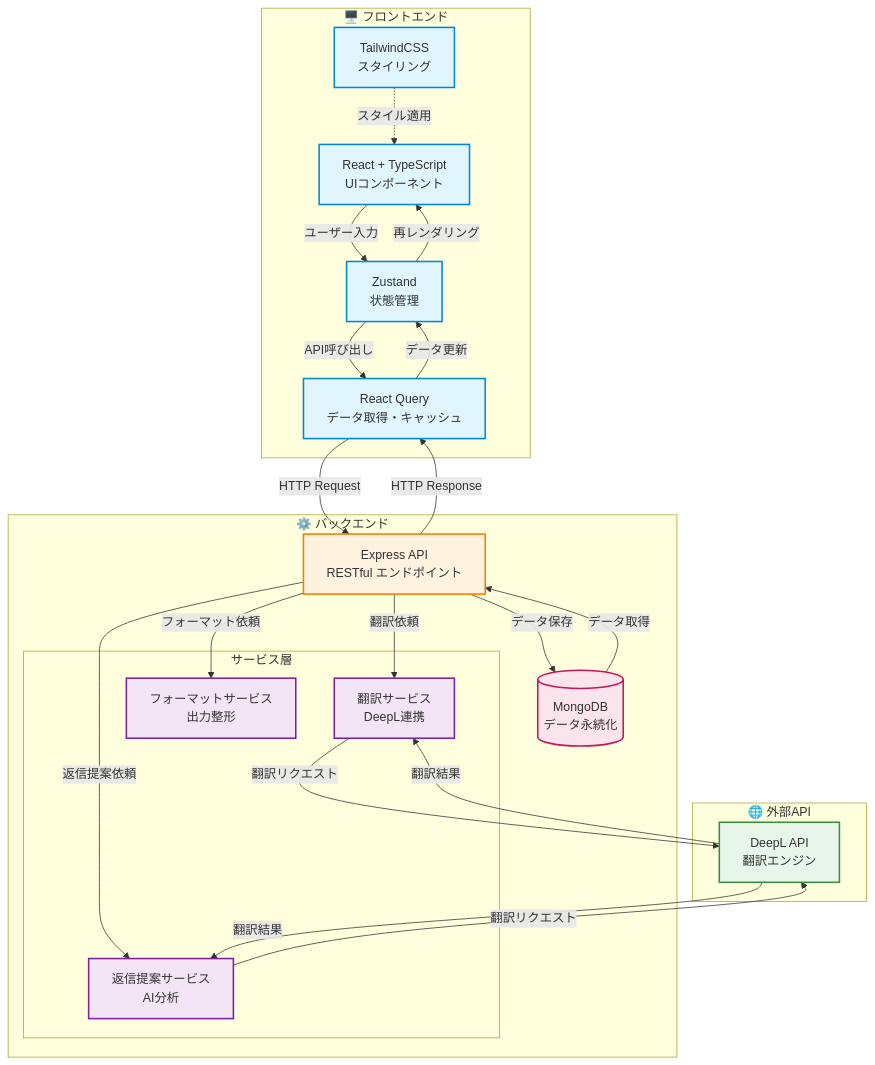
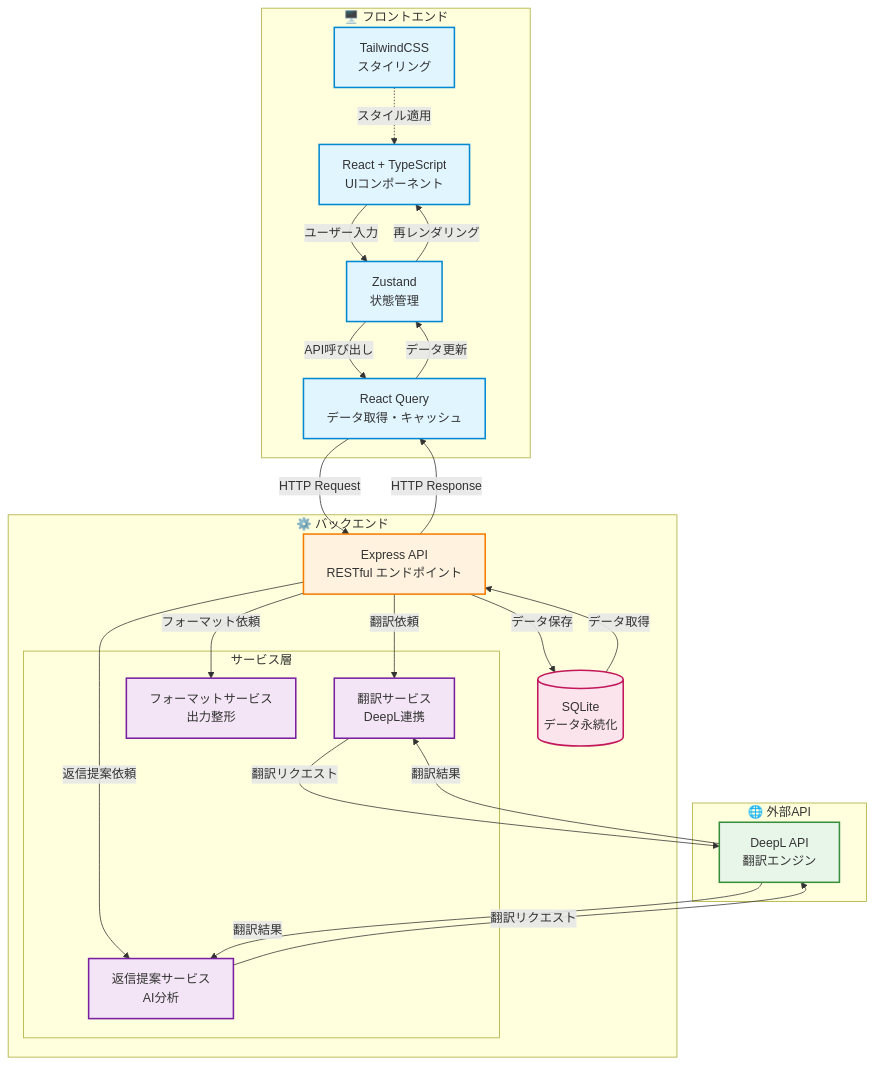
One commit to Yano-13/biztranslate changed the diagram in docs/qiita_article.md. Above: the diagram before and after it, drawn with Mermaid. The commit also changed other lines of this file and 4 other files, not shown here.

````diff
--- a/docs/qiita_article.md
+++ b/docs/qiita_article.md
@@ -49,60 +49,60 @@
 ```mermaid
 flowchart TB
     subgraph Client["🖥️ フロントエンド"]
         UI[React + TypeScript<br/>UIコンポーネント]
         State[Zustand<br/>状態管理]
         Query[React Query<br/>データ取得・キャッシュ]
         Style[TailwindCSS<br/>スタイリング]
     end
 
     subgraph Server["⚙️ バックエンド"]
         API[Express API<br/>RESTful エンドポイント]
         
         subgraph Services["サービス層"]
             Trans[翻訳サービス<br/>DeepL連携]
             Suggest[返信提案サービス<br/>AI分析]
             Format[フォーマットサービス<br/>出力整形]
         end
         
-        DB[(MongoDB<br/>データ永続化)]
+        DB[(SQLite<br/>データ永続化)]
     end
 
     subgraph External["🌐 外部API"]
         DeepL[DeepL API<br/>翻訳エンジン]
     end
 
     UI -->|ユーザー入力| State
     State -->|API呼び出し| Query
     Query -->|HTTP Request| API
     
     API -->|翻訳依頼| Trans
     API -->|返信提案依頼| Suggest
     API -->|フォーマット依頼| Format
     
     Trans -->|翻訳リクエスト| DeepL
     DeepL -->|翻訳結果| Trans
     
     Suggest -->|翻訳リクエスト| DeepL
     DeepL -->|翻訳結果| Suggest
     
     API -->|データ保存| DB
     DB -->|データ取得| API
     
     API -->|HTTP Response| Query
     Query -->|データ更新| State
     State -->|再レンダリング| UI
     
     Style -.->|スタイル適用| UI
 
     classDef frontend fill:#e1f5ff,stroke:#0288d1,stroke-width:2px
     classDef backend fill:#fff3e0,stroke:#f57c00,stroke-width:2px
     classDef service fill:#f3e5f5,stroke:#7b1fa2,stroke-width:2px
     classDef external fill:#e8f5e9,stroke:#388e3c,stroke-width:2px
     classDef database fill:#fce4ec,stroke:#c2185b,stroke-width:2px
 
     class UI,State,Query,Style frontend
     class API backend
     class Trans,Suggest,Format service
     class DeepL external
     class DB database
 ```
````
